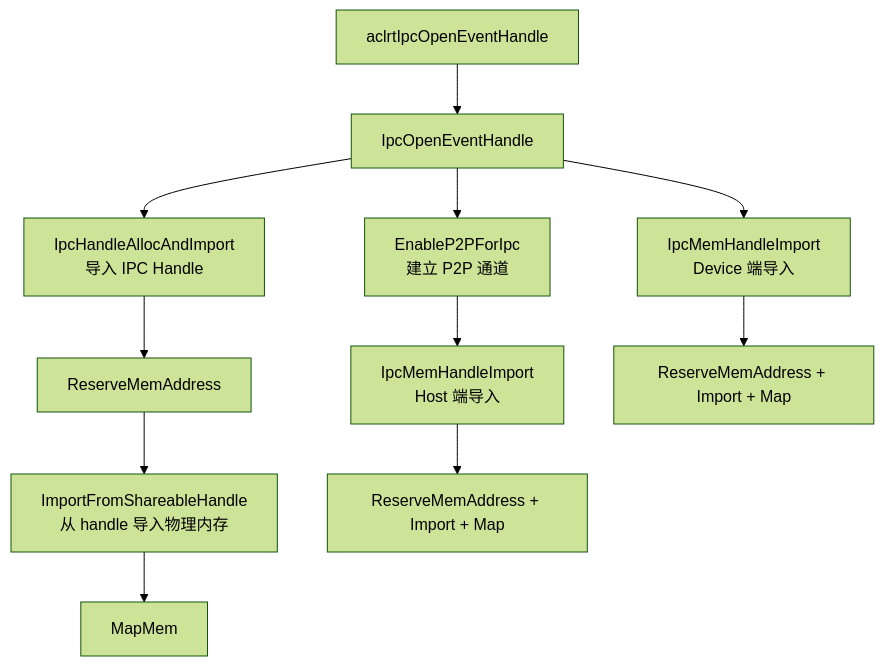
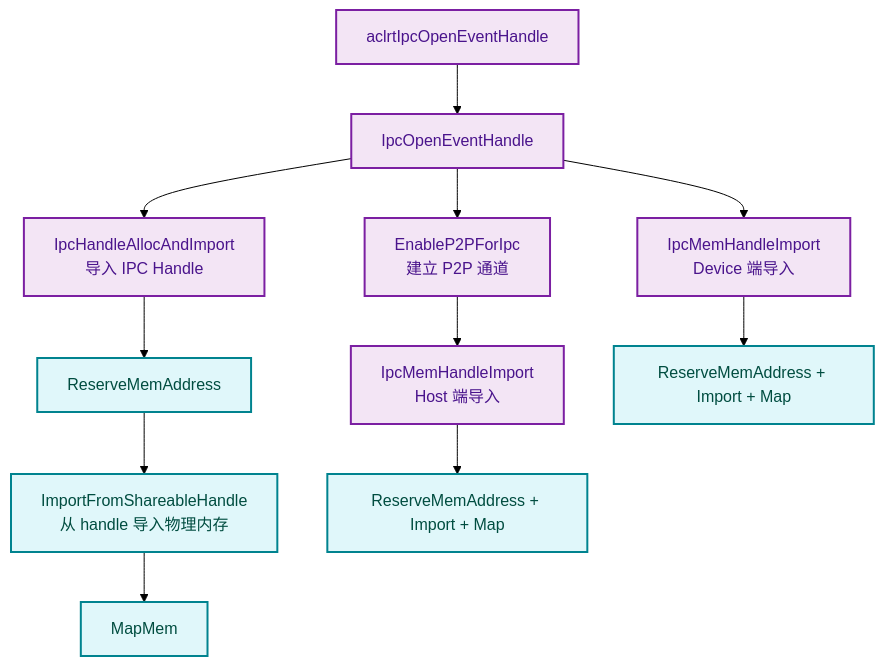
One commit to 18liumin/runtime changed the ninth of 11 diagrams in docs/design/modules/event/event.md. Above: the diagram before and after it, drawn with Mermaid (forest theme). The commit also changed other lines of this file, not shown here.

First line of the commit message:
docs/design/event: 参照task模块重构图表风格和内容结构

````diff
--- a/docs/design/modules/event/event.md
+++ b/docs/design/modules/event/event.md
@@ -339,13 +367,18 @@
 ```mermaid
+
 flowchart TD
-    A[aclrtIpcOpenEventHandle] --> B[IpcOpenEventHandle]
-    B --> C[IpcHandleAllocAndImport<br/>导入 IPC Handle]
-    C --> C1[ReserveMemAddress]
-    C1 --> C2[ImportFromShareableHandle<br/>从 handle 导入物理内存]
-    C2 --> C3[MapMem]
-    B --> D[EnableP2PForIpc<br/>建立 P2P 通道]
-    D --> E[IpcMemHandleImport<br/>Host 端导入]
-    E --> E1[ReserveMemAddress + Import + Map]
-    B --> F[IpcMemHandleImport<br/>Device 端导入]
-    F --> F1[ReserveMemAddress + Import + Map]
+    classDef ipcStyle fill:#F3E5F5,stroke:#7B1FA2,stroke-width:2px,color:#4A148C
+    classDef memStyle fill:#E0F7FA,stroke:#00838F,stroke-width:2px,color:#004D40
+
+    A["aclrtIpcOpenEventHandle"]:::ipcStyle --> B["IpcOpenEventHandle"]:::ipcStyle
+    B --> C["IpcHandleAllocAndImport<br/>导入 IPC Handle"]:::ipcStyle
+    C --> C1["ReserveMemAddress"]:::memStyle
+    C1 --> C2["ImportFromShareableHandle<br/>从 handle 导入物理内存"]:::memStyle
+    C2 --> C3["MapMem"]:::memStyle
+    B --> D["EnableP2PForIpc<br/>建立 P2P 通道"]:::ipcStyle
+    D --> E["IpcMemHandleImport<br/>Host 端导入"]:::ipcStyle
+    E --> E1["ReserveMemAddress + Import + Map"]:::memStyle
+    B --> F["IpcMemHandleImport<br/>Device 端导入"]:::ipcStyle
+    F --> F1["ReserveMemAddress + Import + Map"]:::memStyle
+
 ```
````
